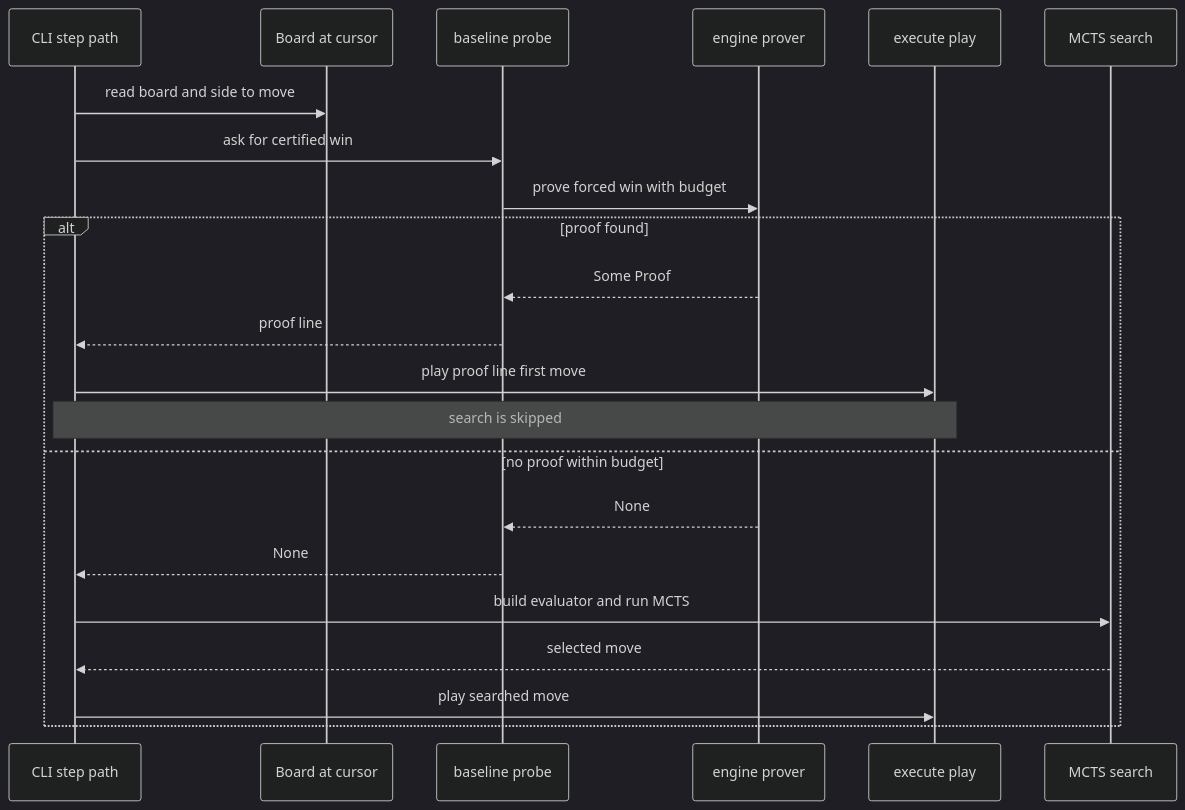
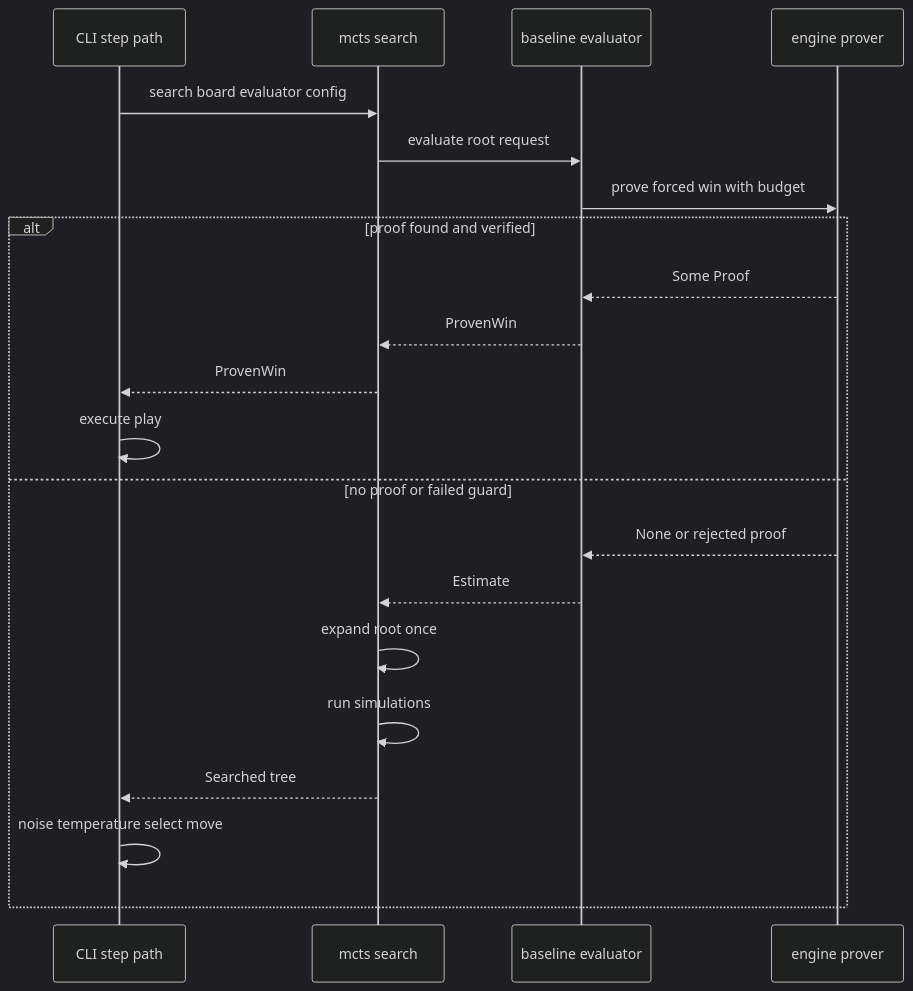
One commit to Project-Ellie/rust-ml changed the first of 2 diagrams in docs/tutorials/baseline-tutorial/08-the-tss-eye/the-tss-eye-design.md. Above: the diagram before and after it, drawn with Mermaid (dark theme). The commit also changed other lines of this file and 31 other files, not shown here.

````diff
--- a/docs/tutorials/baseline-tutorial/08-the-tss-eye/the-tss-eye-design.md
+++ b/docs/tutorials/baseline-tutorial/08-the-tss-eye/the-tss-eye-design.md
@@ -89,26 +108,25 @@
 ```mermaid
 sequenceDiagram
     participant Step as CLI step path
-    participant Board as Board at cursor
-    participant Probe as baseline probe
+    participant Search as mcts search
+    participant Evaluator as baseline evaluator
     participant Prover as engine prover
-    participant Move as execute play
-    participant Search as MCTS search
 
-    Step->>Board: read board and side to move
-    Step->>Probe: ask for certified win
-    Probe->>Prover: prove forced win with budget
+    Step->>Search: search board evaluator config
+    Search->>Evaluator: evaluate root request
+    Evaluator->>Prover: prove forced win with budget
 
-    alt proof found
-        Prover-->>Probe: Some Proof
-        Probe-->>Step: proof line
-        Step->>Move: play proof line first move
-        Note over Step,Move: search is skipped
-    else no proof within budget
-        Prover-->>Probe: None
-        Probe-->>Step: None
-        Step->>Search: build evaluator and run MCTS
-        Search-->>Step: selected move
-        Step->>Move: play searched move
+    alt proof found and verified
+        Prover-->>Evaluator: Some Proof
+        Evaluator-->>Search: ProvenWin
+        Search-->>Step: ProvenWin
+        Step->>Step: execute play
+    else no proof or failed guard
+        Prover-->>Evaluator: None or rejected proof
+        Evaluator-->>Search: Estimate
+        Search->>Search: expand root once
+        Search->>Search: run simulations
+        Search-->>Step: Searched tree
+        Step->>Step: noise temperature select move
     end
 ```
````
